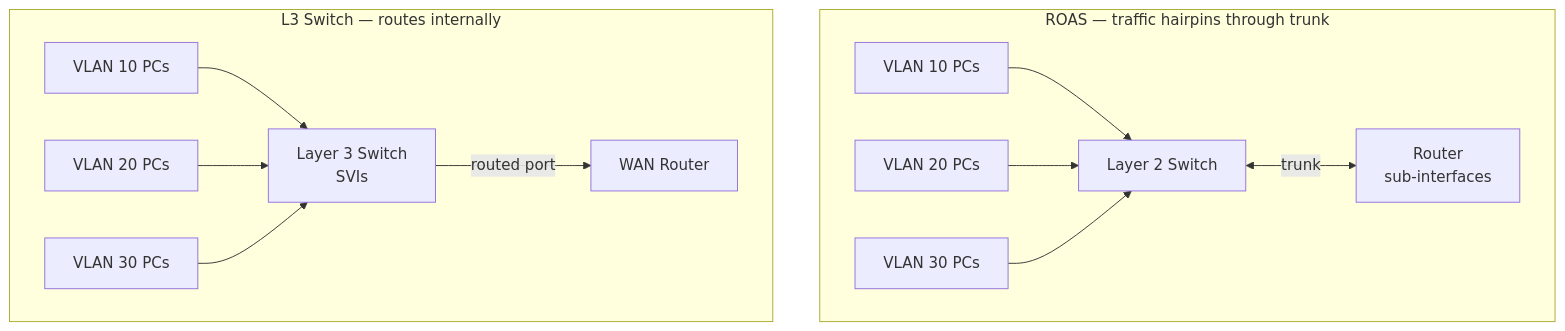
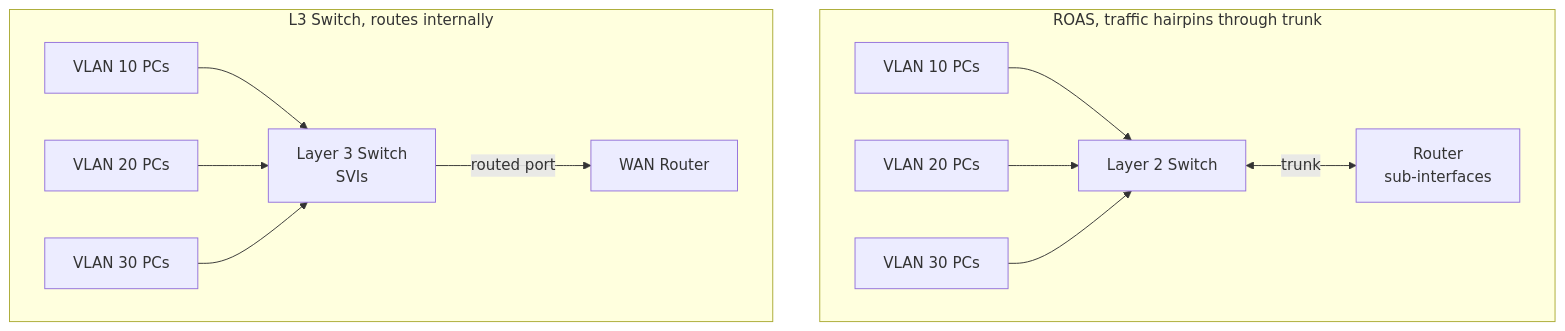
Before and after one commit to waggertron/tech-learning: the fourth of 4 diagrams in src/content/docs/topics/networking/part-08-inter-vlan-routing.md, drawn with Mermaid. The commit also changed 56 other files, not shown here.

````diff
--- a/src/content/docs/topics/networking/part-08-inter-vlan-routing.md
+++ b/src/content/docs/topics/networking/part-08-inter-vlan-routing.md
@@ -164,20 +164,20 @@
 ```mermaid
 flowchart TD
-    subgraph roas ["ROAS — traffic hairpins through trunk"]
+    subgraph roas ["ROAS, traffic hairpins through trunk"]
         R1[Router\nsub-interfaces]
         RSW[Layer 2 Switch]
         RV10[VLAN 10 PCs] --> RSW
         RV20[VLAN 20 PCs] --> RSW
         RV30[VLAN 30 PCs] --> RSW
         RSW <-->|trunk| R1
     end
 
-    subgraph l3 ["L3 Switch — routes internally"]
+    subgraph l3 ["L3 Switch, routes internally"]
         L3SW[Layer 3 Switch\nSVIs]
         WAN[WAN Router]
         LV10[VLAN 10 PCs] --> L3SW
         LV20[VLAN 20 PCs] --> L3SW
         LV30[VLAN 30 PCs] --> L3SW
         L3SW -->|routed port| WAN
     end
 ```
````
